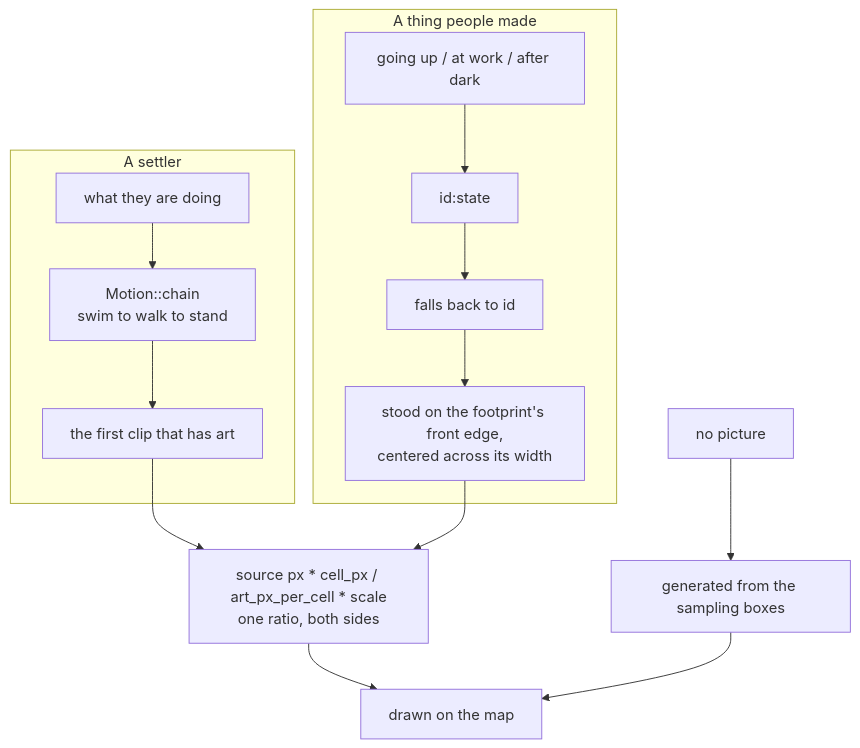
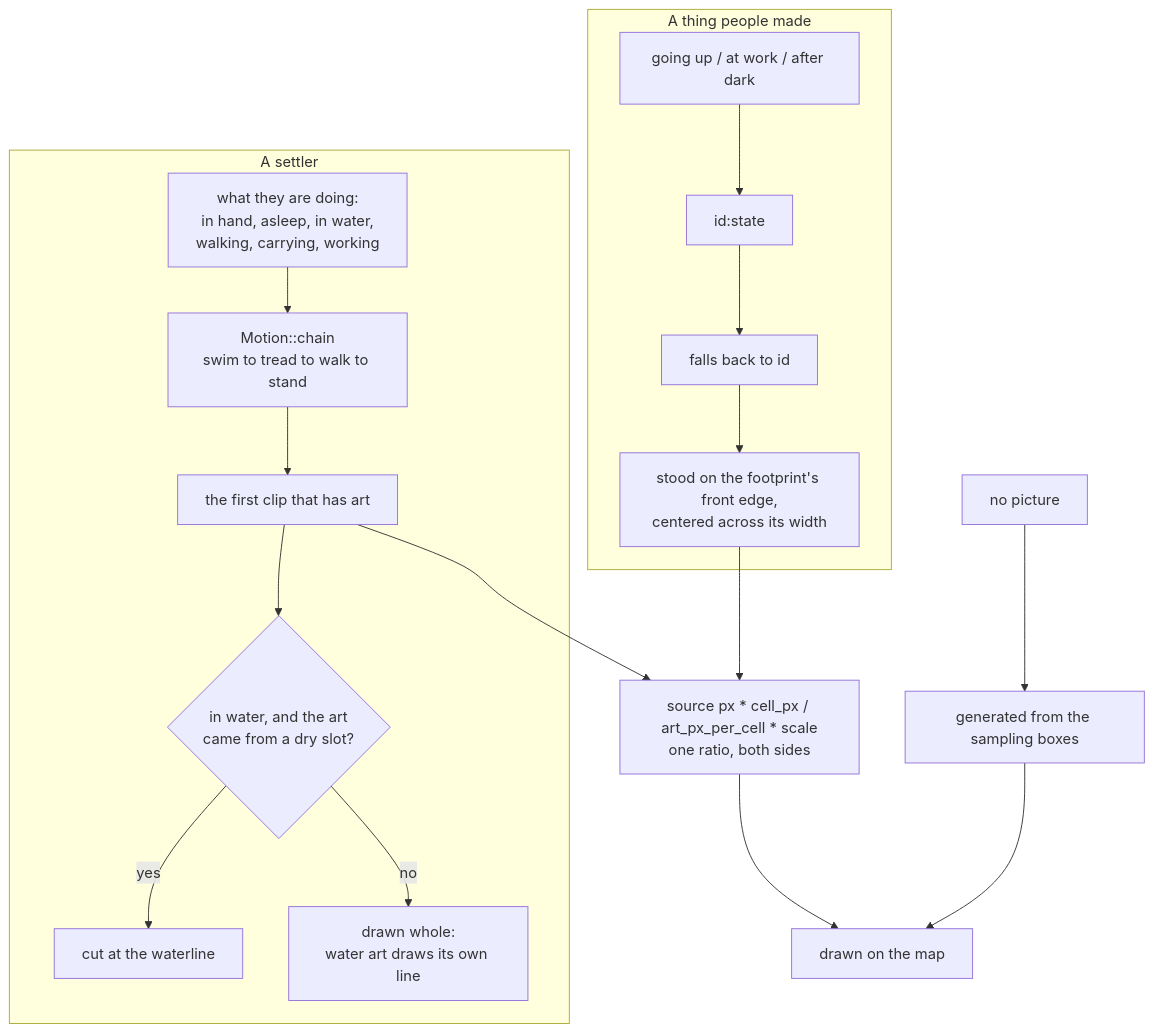
One commit to tmpk13/grow changed diagram 35 of 44 in ARCHITECTURE.md. Above: the diagram before and after it, drawn with Mermaid. The commit also changed other lines of this file and 7 other files, not shown here.

````diff
--- a/ARCHITECTURE.md
+++ b/ARCHITECTURE.md
@@ -1393,17 +1393,20 @@
 ```mermaid
 flowchart TD
   subgraph settlers [A settler]
-    motion["what they are doing"] --> chain["Motion::chain<br/>swim to walk to stand"]
+    motion["what they are doing:<br/>in hand, asleep, in water,<br/>walking, carrying, working"] --> chain["Motion::chain<br/>swim to tread to walk to stand"]
     chain --> clip["the first clip that has art"]
+    clip --> wet{"in water, and the art<br/>came from a dry slot?"}
+    wet -->|yes| cutoff["cut at the waterline"]
+    wet -->|no| whole["drawn whole:<br/>water art draws its own line"]
   end
   subgraph made [A thing people made]
     state["going up / at work / after dark"] --> key["id:state"]
     key --> fall["falls back to id"]
     fall --> stand["stood on the footprint's front edge,<br/>centered across its width"]
   end
   clip --> size["source px * cell_px / art_px_per_cell * scale<br/>one ratio, both sides"]
   stand --> size
   size --> draw["drawn on the map"]
   none["no picture"] --> gen["generated from the sampling boxes"]
   gen --> draw
 ```
````
